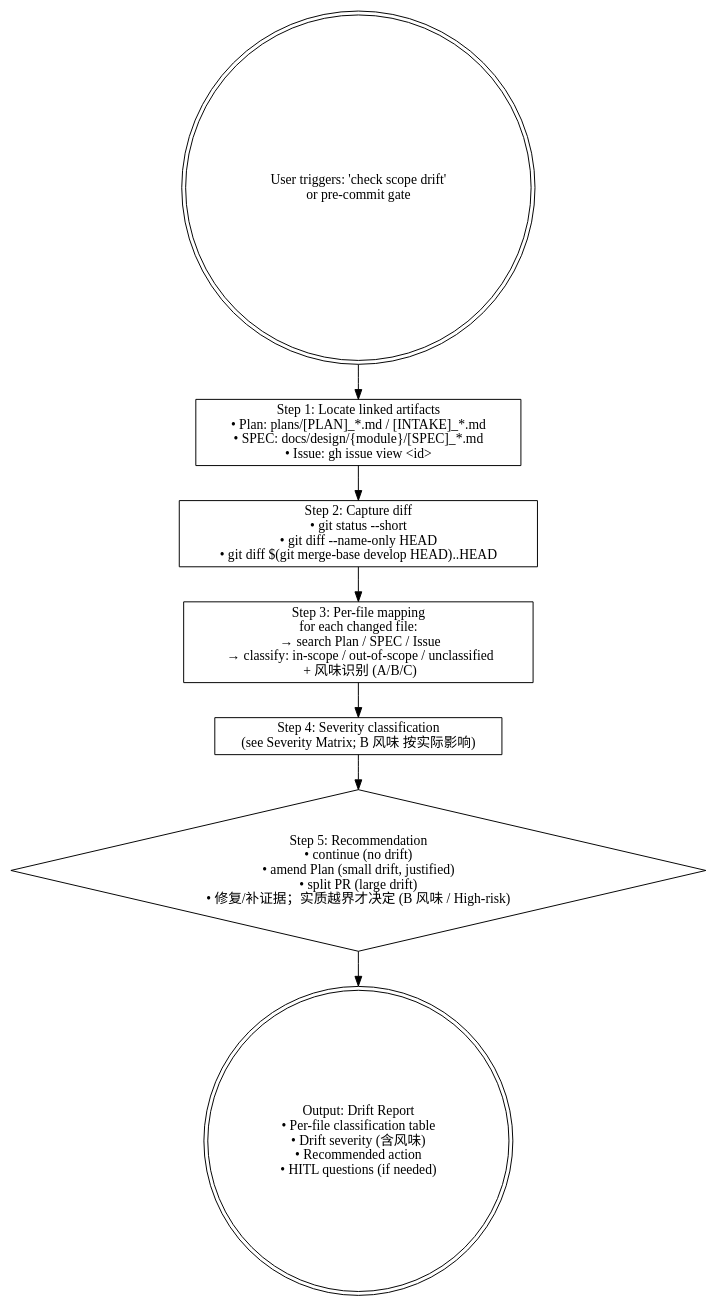
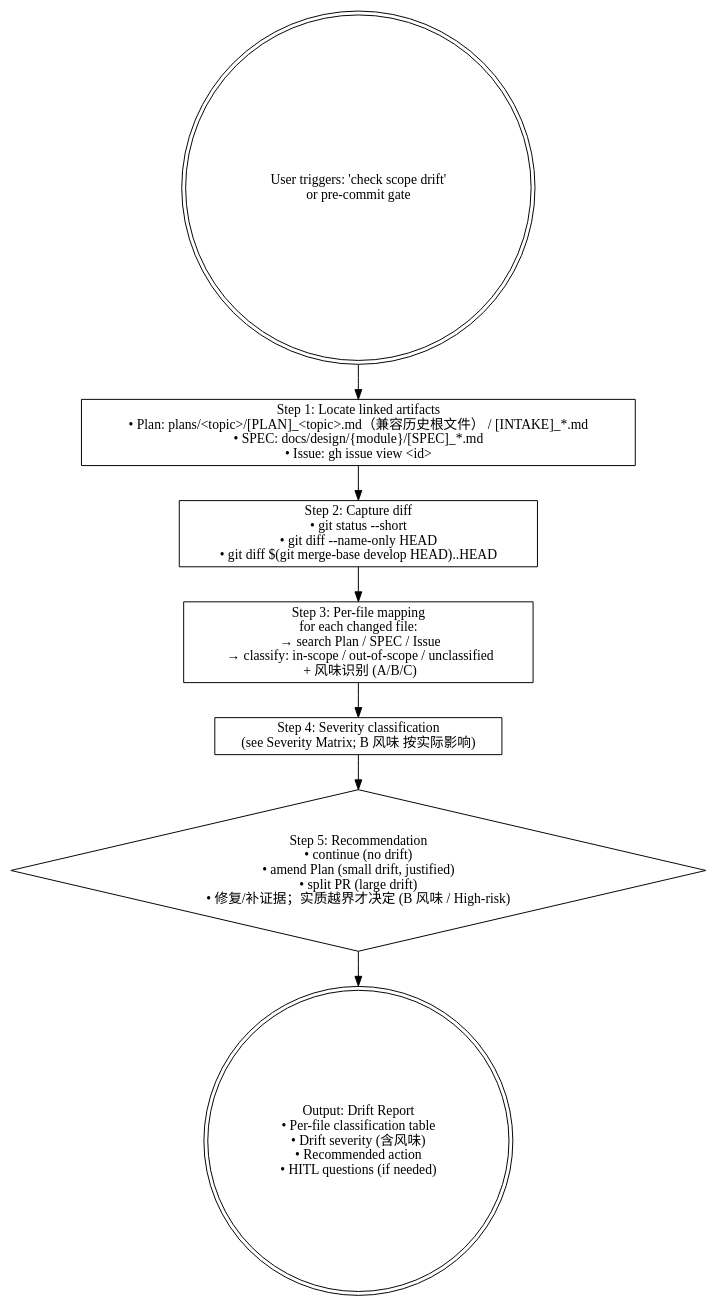
Before and after one commit to MJ-AgentLab/mj-agent: the diagram in .agents/skills/mj-agent-flow-scope-drift/SKILL.md, drawn with Graphviz. The commit also changed other lines of this file and 23 other files, not shown here.

````diff
--- a/.agents/skills/mj-agent-flow-scope-drift/SKILL.md
+++ b/.agents/skills/mj-agent-flow-scope-drift/SKILL.md
@@ -28,20 +28,20 @@
 ```dot
 digraph drift {
   rankdir=TB;
   start [label="User triggers: 'check scope drift'\nor pre-commit gate" shape=doublecircle];
 
-  s1 [label="Step 1: Locate linked artifacts\n• Plan: plans/[PLAN]_*.md / [INTAKE]_*.md\n• SPEC: docs/design/{module}/[SPEC]_*.md\n• Issue: gh issue view <id>" shape=box];
+  s1 [label="Step 1: Locate linked artifacts\n• Plan: plans/<topic>/[PLAN]_<topic>.md（兼容历史根文件） / [INTAKE]_*.md\n• SPEC: docs/design/{module}/[SPEC]_*.md\n• Issue: gh issue view <id>" shape=box];
 
   s2 [label="Step 2: Capture diff\n• git status --short\n• git diff --name-only HEAD\n• git diff $(git merge-base develop HEAD)..HEAD" shape=box];
 
   s3 [label="Step 3: Per-file mapping\nfor each changed file:\n  → search Plan / SPEC / Issue\n  → classify: in-scope / out-of-scope / unclassified\n  + 风味识别 (A/B/C)" shape=box];
 
   s4 [label="Step 4: Severity classification\n(see Severity Matrix; B 风味 按实际影响)" shape=box];
 
   s5 [label="Step 5: Recommendation\n• continue (no drift)\n• amend Plan (small drift, justified)\n• split PR (large drift)\n• 修复/补证据；实质越界才决定 (B 风味 / High-risk)" shape=diamond];
 
   out [label="Output: Drift Report\n• Per-file classification table\n• Drift severity (含风味)\n• Recommended action\n• HITL questions (if needed)" shape=doublecircle];
 
   start -> s1 -> s2 -> s3 -> s4 -> s5 -> out;
 }
 ```
````
